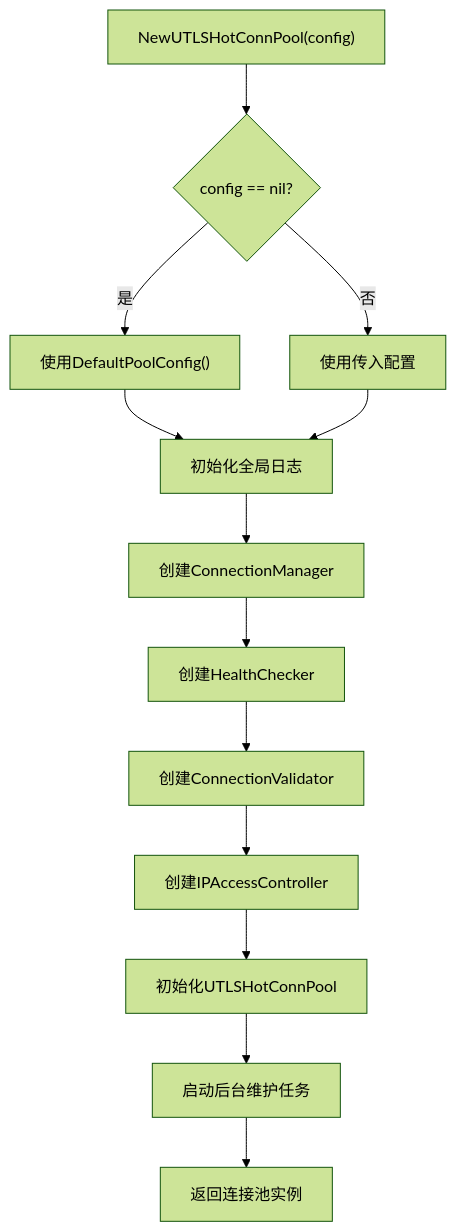
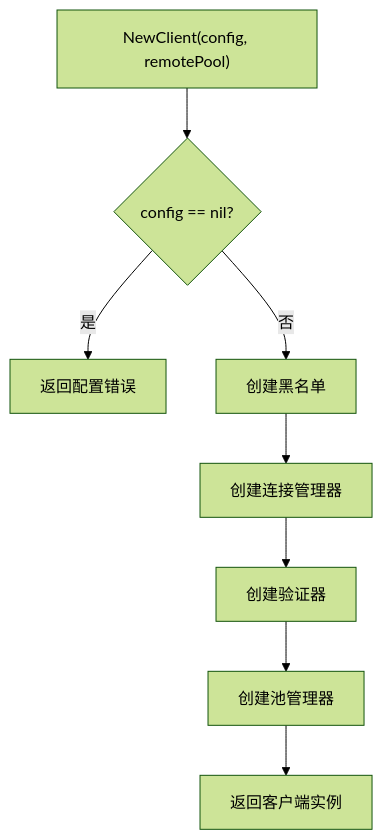
The second of 6 diagrams in .qoder/repowiki/zh/content/API参考/UTLSHotConnPool API/UTLSHotConnPool API.md (vistone/crawler-platform), drawn with Mermaid (forest theme) before and after one commit. The commit also changed other lines of this file and 40 other files, not shown here.

````diff
--- a/.qoder/repowiki/zh/content/API参考/UTLSHotConnPool API/UTLSHotConnPool API.md
+++ b/.qoder/repowiki/zh/content/API参考/UTLSHotConnPool API/UTLSHotConnPool API.md
@@ -175,15 +130,10 @@
 ```mermaid
 flowchart TD
-A["NewUTLSHotConnPool(config)"] --> B{"config == nil?"}
-B --> |是| C["使用DefaultPoolConfig()"]
-B --> |否| D["使用传入配置"]
-C --> E["初始化全局日志"]
-D --> E
-E --> F["创建ConnectionManager"]
-F --> G["创建HealthChecker"]
-G --> H["创建ConnectionValidator"]
-H --> I["创建IPAccessController"]
-I --> J["初始化UTLSHotConnPool"]
-J --> K["启动后台维护任务"]
-K --> L["返回连接池实例"]
+A["NewClient(config, remotePool)"] --> B{"config == nil?"}
+B --> |是| C["返回配置错误"]
+B --> |否| D["创建黑名单"]
+D --> E["创建连接管理器"]
+E --> F["创建验证器"]
+F --> G["创建池管理器"]
+G --> H["返回客户端实例"]
 ```
````
